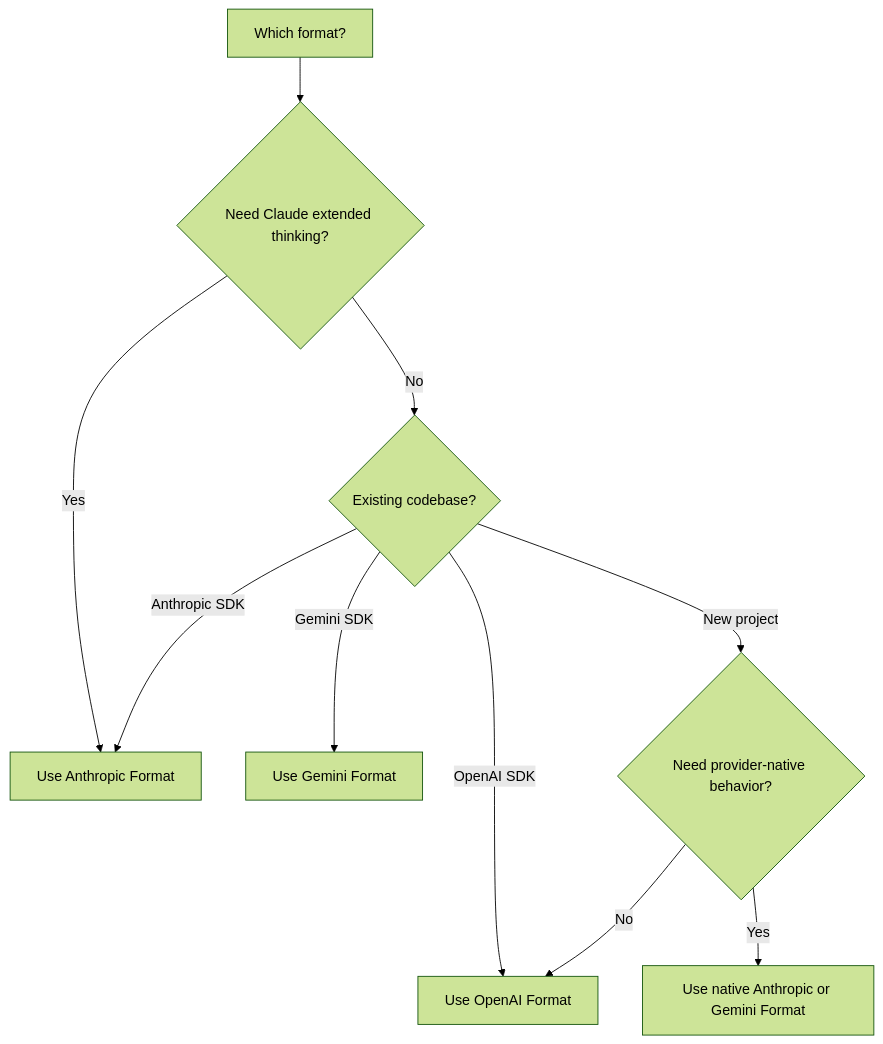
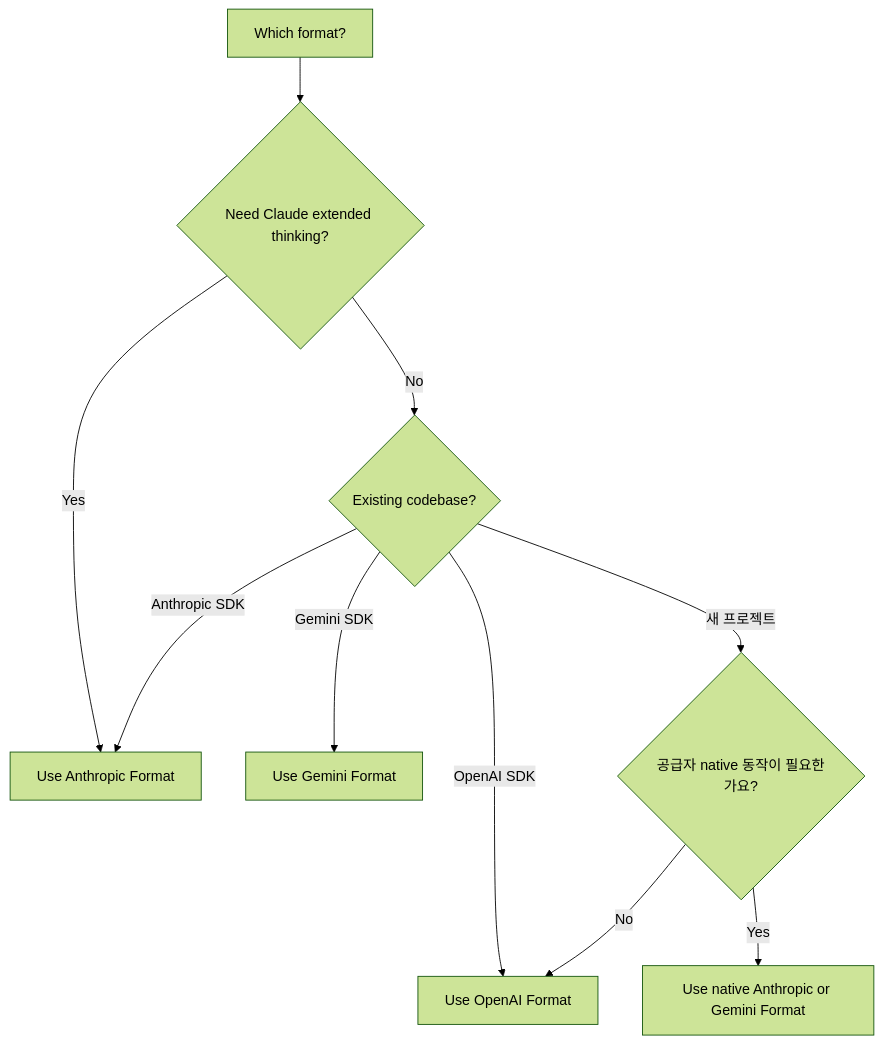
Before and after one commit to hedging8563/lemondata-docs: the diagram in ko/guides/api-formats.mdx, drawn with Mermaid (forest theme). The commit also changed 390 other files, not shown here.

````diff
--- a/ko/guides/api-formats.mdx
+++ b/ko/guides/api-formats.mdx
@@ -171,12 +171,12 @@
 ```mermaid
 graph TD
     A[Which format?] --> B{Need Claude extended thinking?}
     B -->|Yes| C[Use Anthropic Format]
     B -->|No| D{Existing codebase?}
     D -->|OpenAI SDK| E[Use OpenAI Format]
     D -->|Anthropic SDK| C
     D -->|Gemini SDK| F[Use Gemini Format]
-    D -->|New project| G{Need provider-native behavior?}
+    D -->|새 프로젝트| G{공급자 native 동작이 필요한가요?}
     G -->|Yes| H[Use native Anthropic or Gemini Format]
     G -->|No| E
 ```
````
